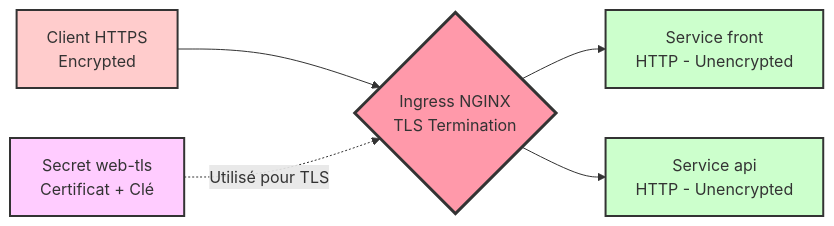
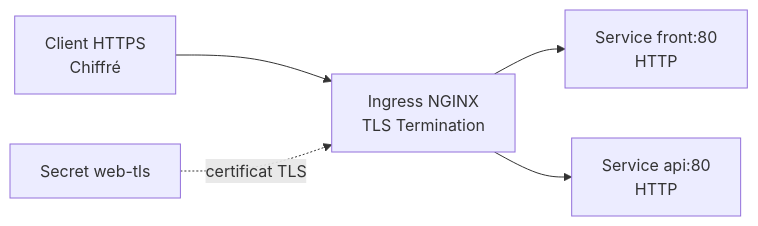
One commit to MPFabio/S4-Ingress-TLS-Config-Secrets changed the third of 9 diagrams in ARCHITECTURE.md. Above: the diagram before and after it, drawn with Mermaid. The commit also changed other lines of this file, not shown here.

Commit message:
Simplify diagrams for better readability

````diff
--- a/ARCHITECTURE.md
+++ b/ARCHITECTURE.md
@@ -62,14 +50,8 @@
 ```mermaid
 flowchart LR
-    A[Client HTTPS<br/>Encrypted] --> B{Ingress NGINX<br/>TLS Termination}
-    B --> C[Service front<br/>HTTP - Unencrypted]
-    B --> D[Service api<br/>HTTP - Unencrypted]
+    A[Client HTTPS<br/>Chiffré] --> B[Ingress NGINX<br/>TLS Termination]
+    B --> C[Service front:80<br/>HTTP]
+    B --> D[Service api:80<br/>HTTP]
     
-    E[Secret web-tls<br/>Certificat + Clé] -.Utilisé pour TLS.-> B
-    
-    style A fill:#fcc,stroke:#333,stroke-width:2px
-    style B fill:#f9a,stroke:#333,stroke-width:3px
-    style C fill:#cfc,stroke:#333,stroke-width:2px
-    style D fill:#cfc,stroke:#333,stroke-width:2px
-    style E fill:#fcf,stroke:#333,stroke-width:2px
+    E[Secret web-tls] -.certificat TLS.-> B
 ```
````
